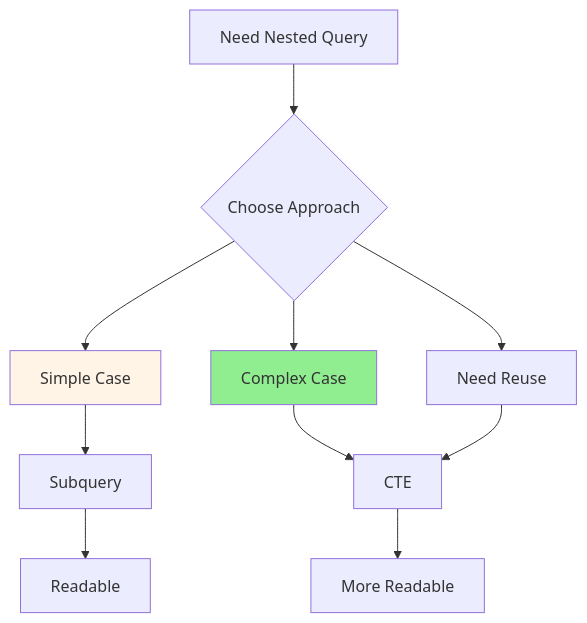
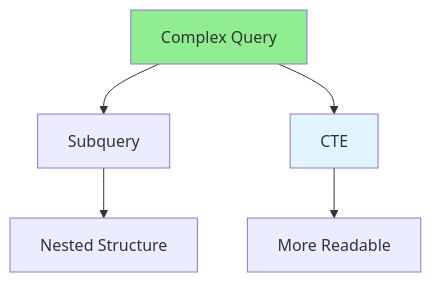
The diagram in Full-Stack-Guides/Group-06-Database-Analysis/06.07_Subquery_vs_CTE.md (iouthnamain/tech-note), drawn with Mermaid before and after one commit. The commit also changed other lines of this file and 480 other files, not shown here.

````diff
--- a/Full-Stack-Guides/Group-06-Database-Analysis/06.07_Subquery_vs_CTE.md
+++ b/Full-Stack-Guides/Group-06-Database-Analysis/06.07_Subquery_vs_CTE.md
@@ -23,13 +23,11 @@
 ```mermaid
 graph TD
-    Need[Need Nested Query] --> Choose{Choose Approach}
-    Choose --> Simple[Simple Case] --> Subquery[Subquery]
-    Choose --> Complex[Complex Case] --> CTE[CTE]
-    Choose --> Reuse[Need Reuse] --> CTE
+    Query[Complex Query] --> Subquery[Subquery]
+    Query --> CTE[CTE]
     
-    Subquery --> Readable[Readable]
-    CTE --> MoreReadable[More Readable]
+    Subquery --> Nested[Nested Structure]
+    CTE --> Readable[More Readable]
     
-    style Simple fill:#fff4e6
-    style Complex fill:#90EE90
+    style Query fill:#90EE90
+    style CTE fill:#e1f5ff
 ```
````
